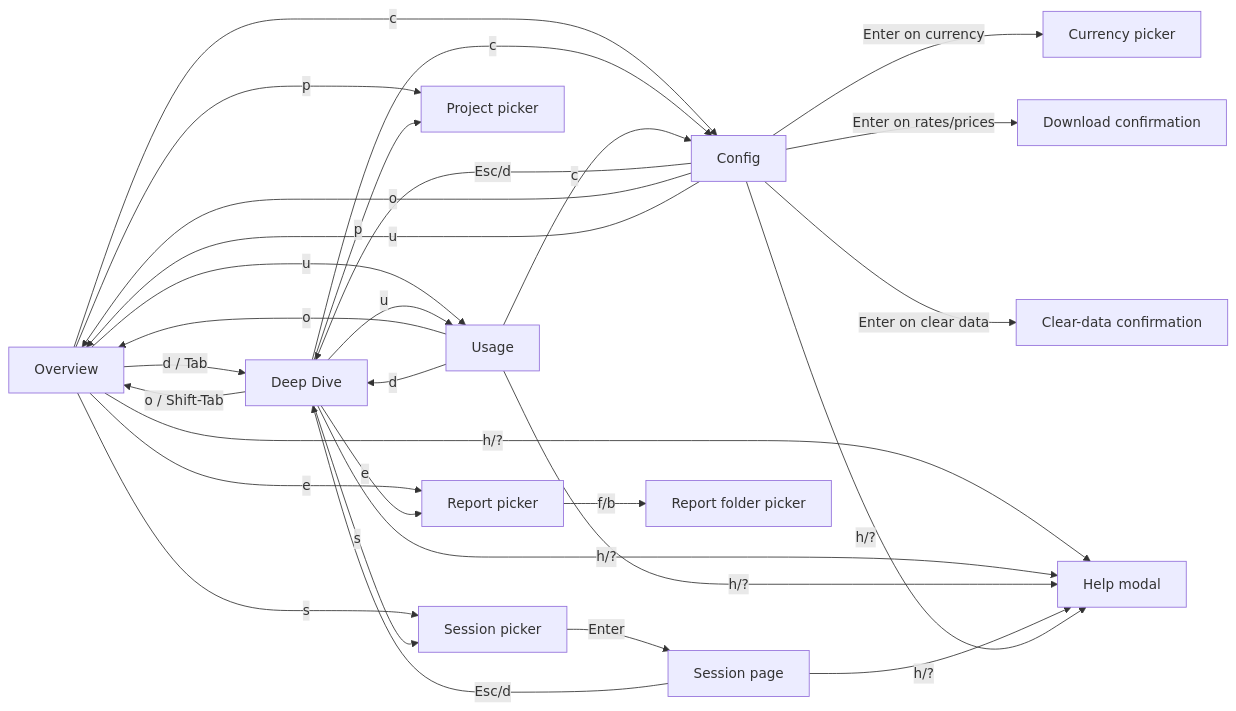
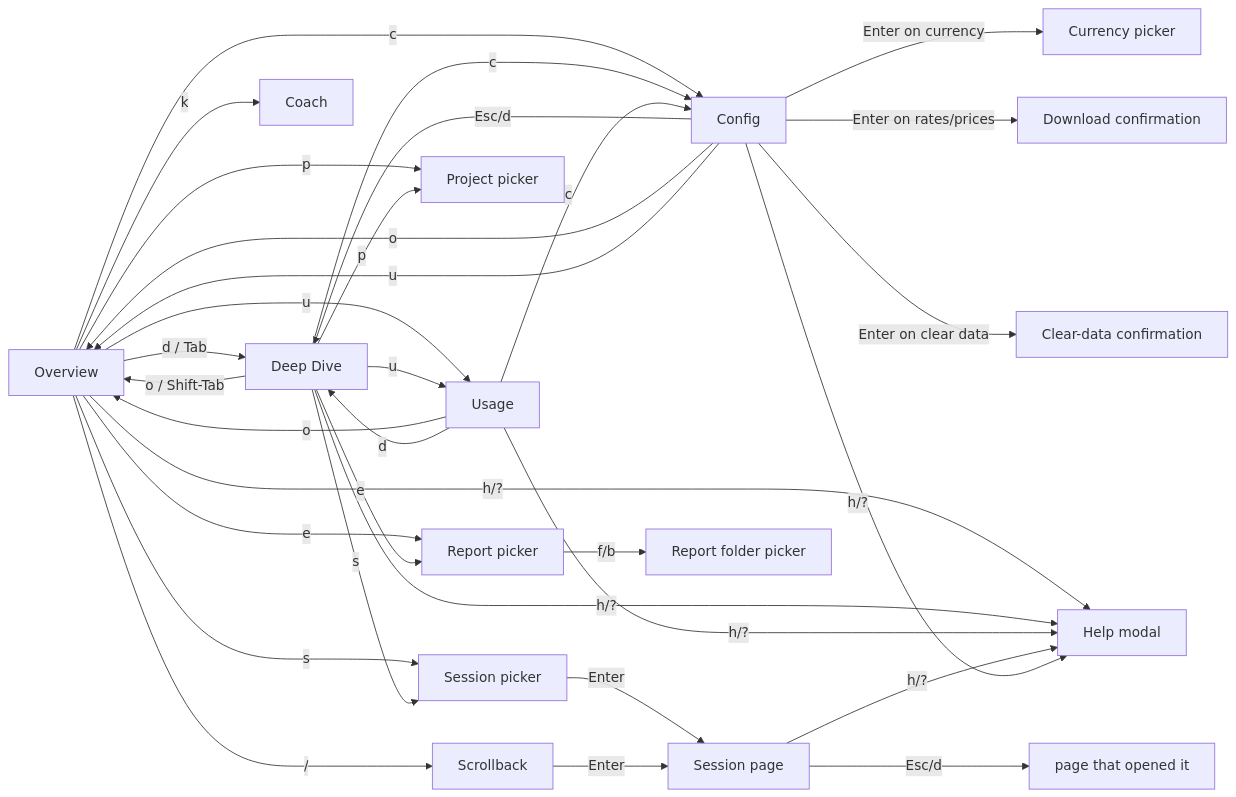
Before and after one commit to russmckendrick/tokenuse: the fourth of 5 diagrams in docs/development/architecture.md, drawn with Mermaid. The commit also changed other lines of this file and 8 other files, not shown here.

First line of the commit message:
📝 docs: Scrollback guides, architecture, release notes, per-tool transcript-capture notes

````diff
--- a/docs/development/architecture.md
+++ b/docs/development/architecture.md
@@ -144,32 +145,35 @@
 ```mermaid
 flowchart LR
     O[Overview] -- d / Tab --> DD[Deep Dive]
     O -- u --> U[Usage]
     O -- c --> Cfg[Config]
     O -- s --> SP[Session picker]
     SP -- Enter --> Sess[Session page]
+    O -- k --> K[Coach]
+    O -- / --> SB[Scrollback]
+    SB -- Enter --> Sess
     DD -- o / Shift-Tab --> O
     DD -- u --> U
     DD -- s --> SP
     DD -- c --> Cfg
     U -- o --> O
     U -- d --> DD
     U -- c --> Cfg
     Cfg -- Esc/d --> DD
     Cfg -- o --> O
     Cfg -- u --> O
-    Sess -- Esc/d --> DD
+    Sess -- Esc/d --> Ret[page that opened it]
     O -- p --> Pick[Project picker]
     DD -- p --> Pick
     O -- e --> Exp[Report picker]
     DD -- e --> Exp
     Exp -- f/b --> FPick[Report folder picker]
     Cfg -- Enter on currency --> Curr[Currency picker]
     Cfg -- Enter on rates/prices --> DL[Download confirmation]
     Cfg -- Enter on clear data --> Clear[Clear-data confirmation]
     O -- h/? --> Help[Help modal]
     DD -- h/? --> Help
     U -- h/? --> Help
     Sess -- h/? --> Help
     Cfg -- h/? --> Help
 ```
````
